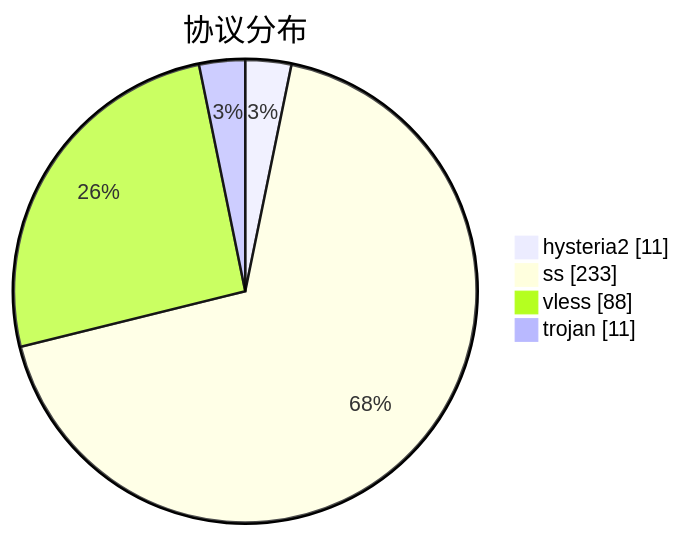
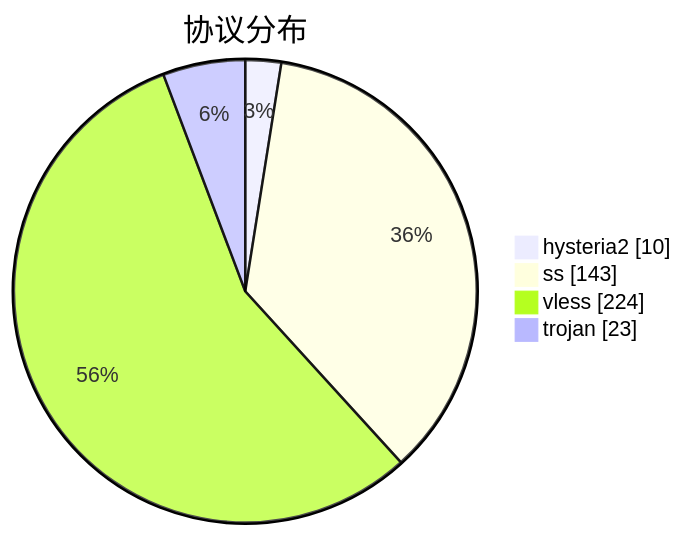
One commit to qjlxg/airport changed the third of 3 diagrams in subs/statistics/tested_within.md. Above: the diagram before and after it, drawn with Mermaid. The commit also changed other lines of this file and 2 other files, not shown here.

````diff
--- a/subs/statistics/tested_within.md
+++ b/subs/statistics/tested_within.md
@@ -18,8 +19,8 @@
 ```mermaid
 pie showData
 title 协议分布
-"hysteria2" : 11
-"ss" : 233
-"vless" : 88
-"trojan" : 11
+"hysteria2" : 10
+"ss" : 143
+"vless" : 224
+"trojan" : 23
 ```
````
